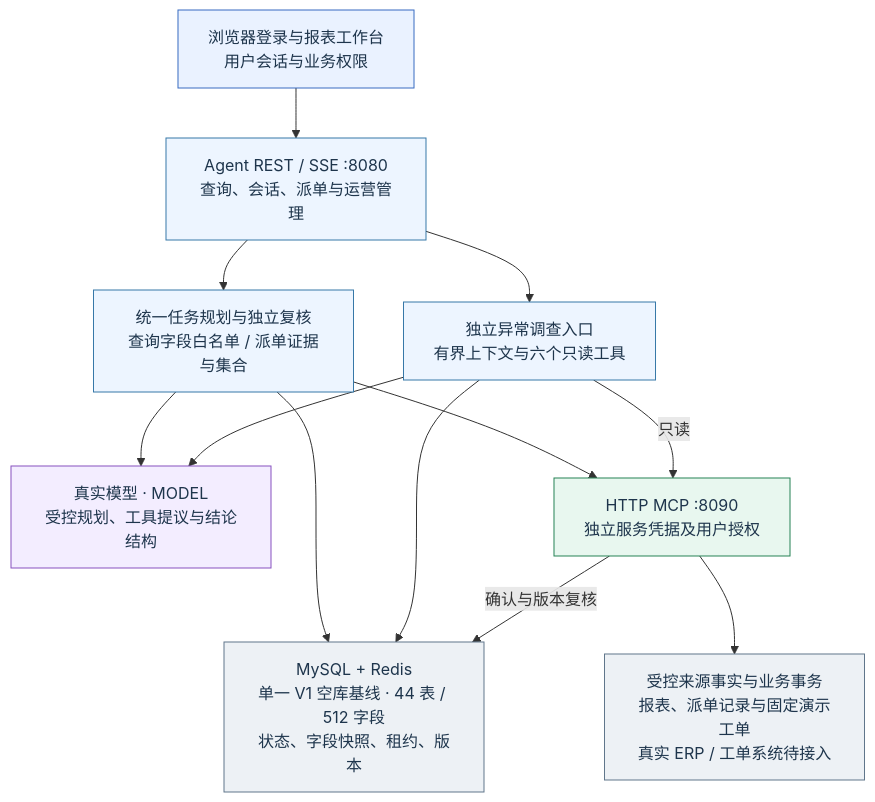
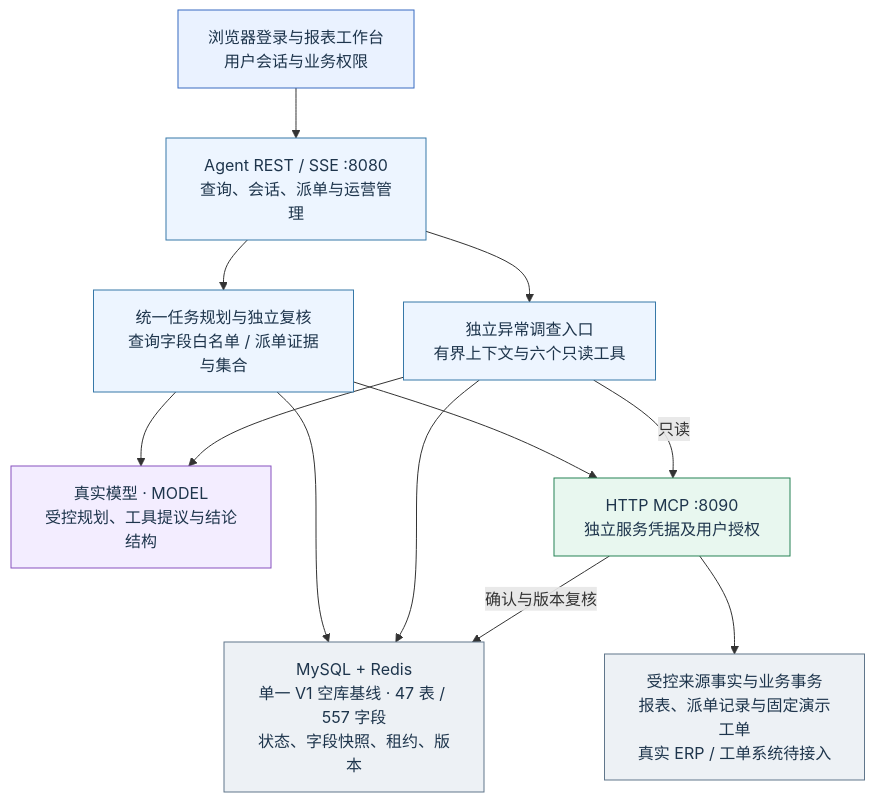
The diagram in docs/diagrams/demo-final/01.mmd (QSZJAVA/agent_demo), drawn with Mermaid before and after one commit. The commit also changed 336 other files, not shown here.

```diff
--- a/docs/diagrams/demo-final/01.mmd
+++ b/docs/diagrams/demo-final/01.mmd
@@ -1,27 +1,27 @@
 flowchart TD
   ui["浏览器登录与报表工作台<br/>用户会话与业务权限"]:::ui
   api["Agent REST / SSE :8080<br/>查询、会话、派单与运营管理"]:::agent
   model["真实模型 · MODEL<br/>受控规划、工具提议与结论结构"]:::model
   semantic["统一任务规划与独立复核<br/>查询字段白名单 / 派单证据与集合"]:::agent
   investigate["独立异常调查入口<br/>有界上下文与六个只读工具"]:::agent
-  state["MySQL + Redis<br/>单一 V1 空库基线 · 44 表 / 512 字段<br/>状态、字段快照、租约、版本"]:::store
+  state["MySQL + Redis<br/>单一 V1 空库基线 · 47 表 / 557 字段<br/>状态、字段快照、租约、版本"]:::store
   mcp["HTTP MCP :8090<br/>独立服务凭据及用户授权"]:::business
   source["受控来源事实与业务事务<br/>报表、派单记录与固定演示工单<br/>真实 ERP / 工单系统待接入"]:::store
   ui --> api
   api --> semantic
   api --> investigate
   semantic --> model
   investigate --> model
   semantic --> state
   investigate --> state
   semantic --> mcp
   investigate -->|"只读"| mcp
   mcp --> source
   mcp -->|"确认与版本复核"| state
   classDef ui fill:#eaf2ff,stroke:#386bc1,color:#1e354c
   classDef agent fill:#edf5ff,stroke:#3778a8,color:#1e354c
   classDef model fill:#f3edff,stroke:#8751bf,color:#1e354c
   classDef business fill:#e8f7ef,stroke:#268255,color:#1e354c
   classDef guard fill:#fff4dc,stroke:#b58022,color:#1e354c
   classDef error fill:#fff0ef,stroke:#ba534e,color:#1e354c
   classDef store fill:#edf1f5,stroke:#60768b,color:#1e354c
```
